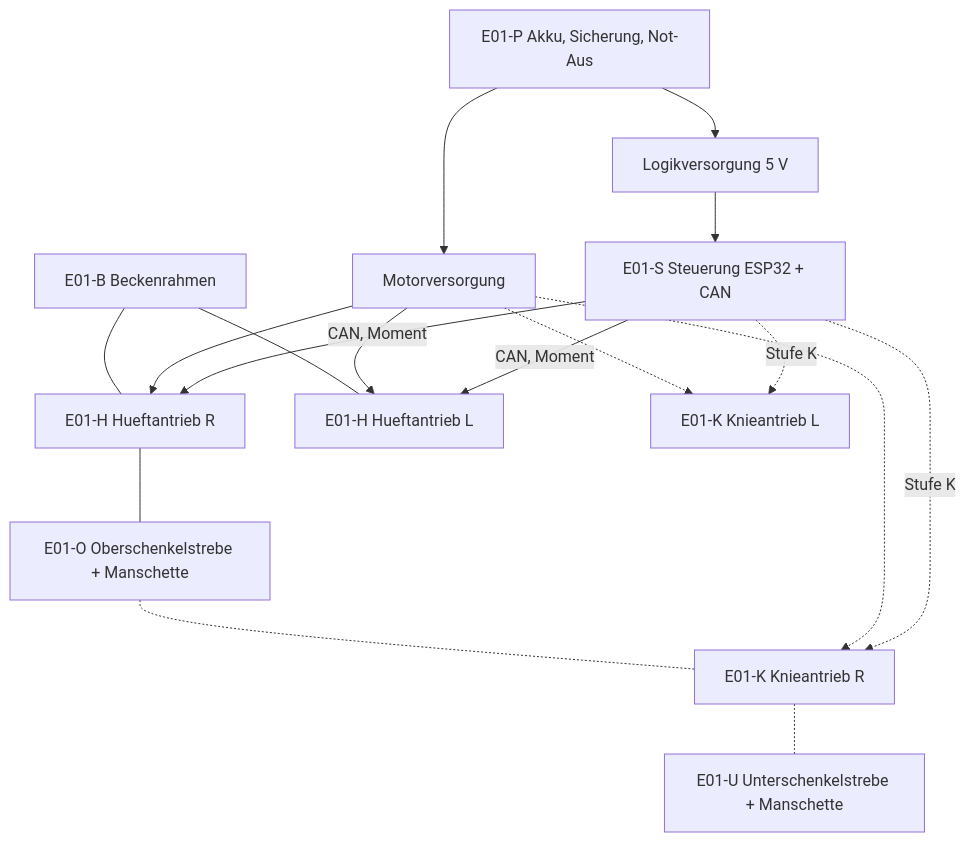
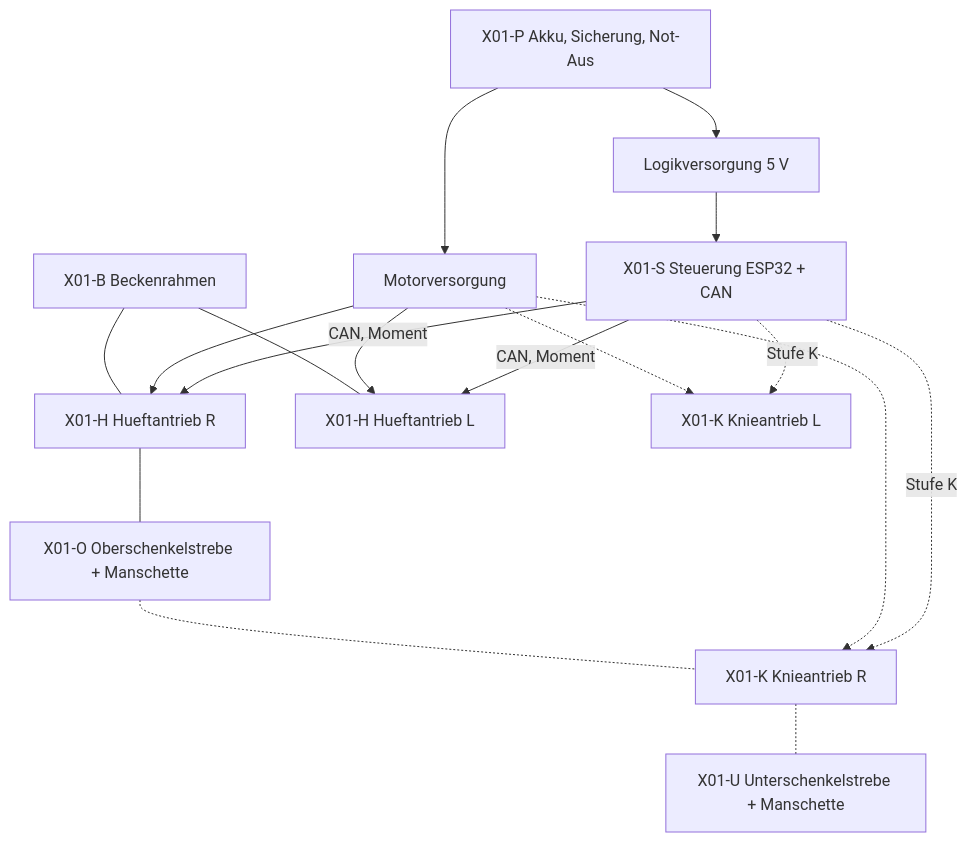
One commit to Huskynarr/HaloCosplay changed the diagram in Documentation/Guides/Exoskelett-Eigenbau.md. Above: the diagram before and after it, drawn with Mermaid. The commit also changed other lines of this file and 12 other files, not shown here.

````diff
--- a/Documentation/Guides/Exoskelett-Eigenbau.md
+++ b/Documentation/Guides/Exoskelett-Eigenbau.md
@@ -49,19 +49,19 @@
 ```mermaid
 flowchart TD
-    P["E01-P Akku, Sicherung, Not-Aus"] --> M["Motorversorgung"]
+    P["X01-P Akku, Sicherung, Not-Aus"] --> M["Motorversorgung"]
     P --> L["Logikversorgung 5 V"]
-    L --> S["E01-S Steuerung ESP32 + CAN"]
-    S -- "CAN, Moment" --> HR["E01-H Hueftantrieb R"]
-    S -- "CAN, Moment" --> HL["E01-H Hueftantrieb L"]
-    S -. "Stufe K" .-> KR["E01-K Knieantrieb R"]
-    S -. "Stufe K" .-> KL["E01-K Knieantrieb L"]
+    L --> S["X01-S Steuerung ESP32 + CAN"]
+    S -- "CAN, Moment" --> HR["X01-H Hueftantrieb R"]
+    S -- "CAN, Moment" --> HL["X01-H Hueftantrieb L"]
+    S -. "Stufe K" .-> KR["X01-K Knieantrieb R"]
+    S -. "Stufe K" .-> KL["X01-K Knieantrieb L"]
     M --> HR
     M --> HL
     M -.-> KR
     M -.-> KL
-    B["E01-B Beckenrahmen"] --- HR
+    B["X01-B Beckenrahmen"] --- HR
     B --- HL
-    HR --- O["E01-O Oberschenkelstrebe + Manschette"]
+    HR --- O["X01-O Oberschenkelstrebe + Manschette"]
     O -.- KR
-    KR -.- U["E01-U Unterschenkelstrebe + Manschette"]
+    KR -.- U["X01-U Unterschenkelstrebe + Manschette"]
 ```
````
